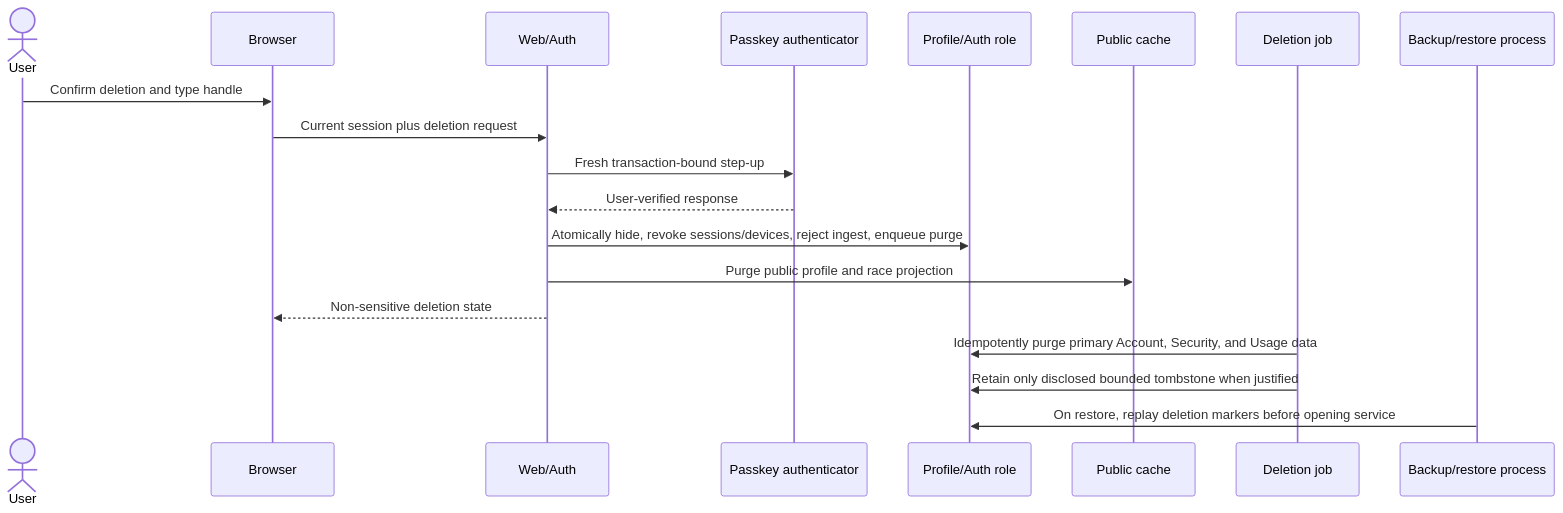
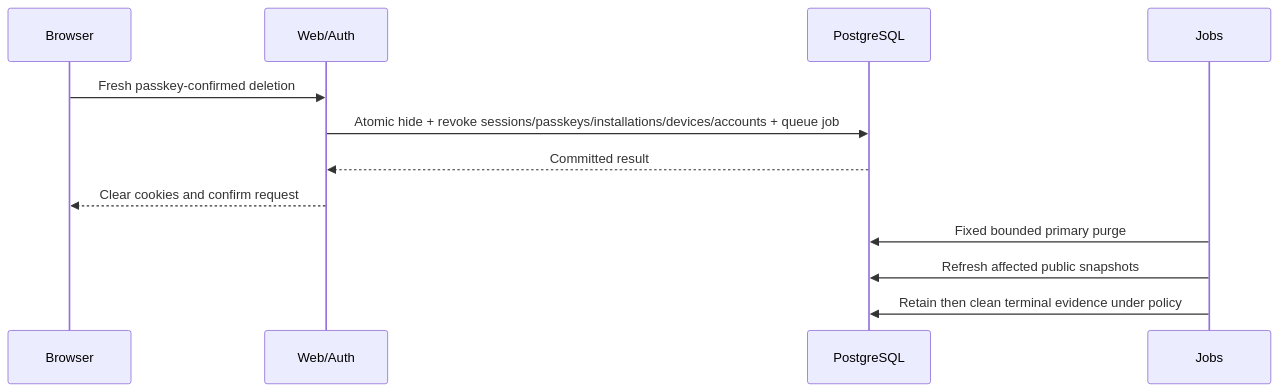
One commit to Tah10n/viberacing changed the fifth of 6 diagrams in docs/architecture/DATA_FLOW.md. Above: the diagram before and after it, drawn with Mermaid. The commit also changed other lines of this file and 25 other files, not shown here.

Commit message:
docs: finalize clean agent-account ranking model

````diff
--- a/docs/architecture/DATA_FLOW.md
+++ b/docs/architecture/DATA_FLOW.md
@@ -928,22 +109,15 @@
 ```mermaid
 sequenceDiagram
-  actor User
-  participant Browser
-  participant Web as Web/Auth
-  participant Authenticator as Passkey authenticator
-  participant DB as Profile/Auth role
-  participant Cache as Public cache
-  participant Jobs as Deletion job
-  participant Backup as Backup/restore process
+    participant B as Browser
+    participant W as Web/Auth
+    participant D as PostgreSQL
+    participant J as Jobs
 
-  User->>Browser: Confirm deletion and type handle
-  Browser->>Web: Current session plus deletion request
-  Web->>Authenticator: Fresh transaction-bound step-up
-  Authenticator-->>Web: User-verified response
-  Web->>DB: Atomically hide, revoke sessions/devices, reject ingest, enqueue purge
-  Web->>Cache: Purge public profile and race projection
-  Web-->>Browser: Non-sensitive deletion state
-  Jobs->>DB: Idempotently purge primary Account, Security, and Usage data
-  Jobs->>DB: Retain only disclosed bounded tombstone when justified
-  Backup->>DB: On restore, replay deletion markers before opening service
+    B->>W: Fresh passkey-confirmed deletion
+    W->>D: Atomic hide + revoke sessions/passkeys/installations/devices/accounts + queue job
+    D-->>W: Committed result
+    W-->>B: Clear cookies and confirm request
+    J->>D: Fixed bounded primary purge
+    J->>D: Refresh affected public snapshots
+    J->>D: Retain then clean terminal evidence under policy
 ```
````
